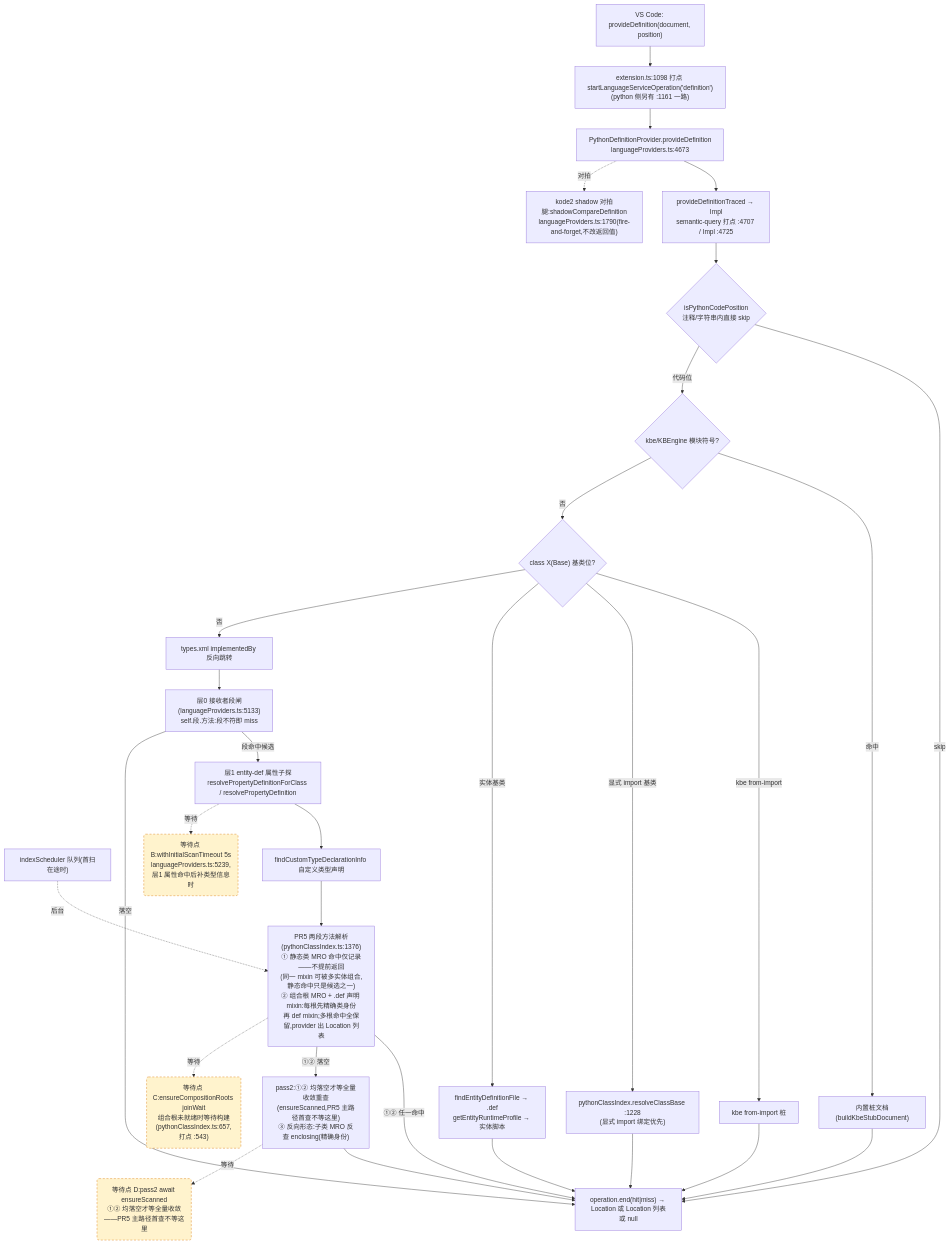
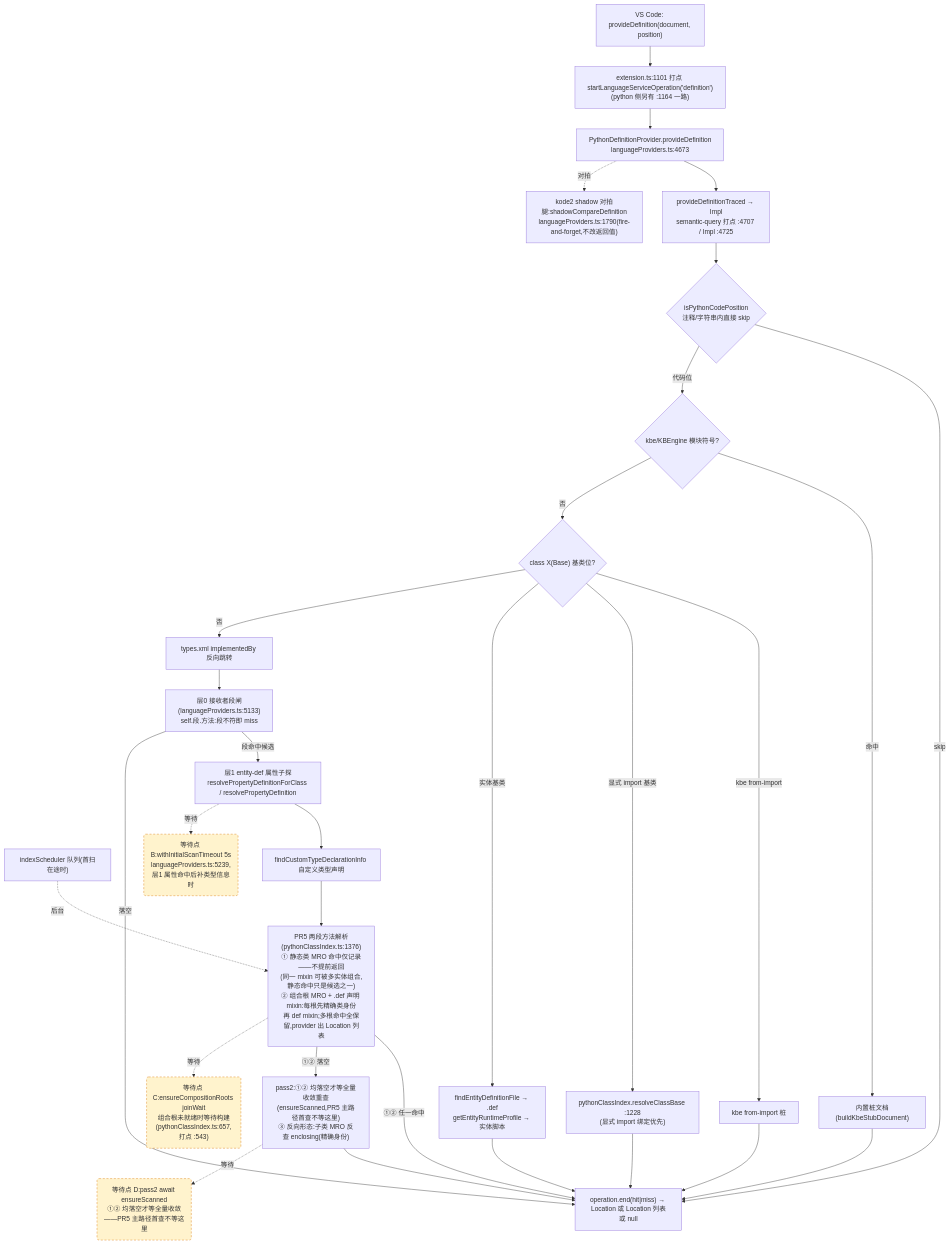
The second of 4 diagrams in docs/perf/2026-baseline.md (cuihairu/kode), drawn with Mermaid before and after one commit. The commit also changed other lines of this file and 22 other files, not shown here.

````diff
--- a/docs/perf/2026-baseline.md
+++ b/docs/perf/2026-baseline.md
@@ -130,51 +130,51 @@
 ```mermaid
 flowchart TD
   VC2["VS Code: provideDefinition(document, position)"]
-  M2["extension.ts:1098 打点 startLanguageServiceOperation('definition')<br/>(python 侧另有 :1161 一路)"]
+  M2["extension.ts:1101 打点 startLanguageServiceOperation('definition')<br/>(python 侧另有 :1164 一路)"]
   AD2["PythonDefinitionProvider.provideDefinition<br/>languageProviders.ts:4673"]
   TR["provideDefinitionTraced → Impl<br/>semantic-query 打点 :4707 / Impl :4725"]
   CTX{"isPythonCodePosition<br/>注释/字符串内直接 skip"}
   KBE{"kbe/KBEngine 模块符号?"}
   STUB["内置桩文档(buildKbeStubDocument)"]
   CB{"class X(Base) 基类位?"}
   CB1["kbe from-import 桩"]
   CB2["pythonClassIndex.resolveClassBase :1228<br/>(显式 import 绑定优先)"]
   CB3["findEntityDefinitionFile → .def<br/>getEntityRuntimeProfile → 实体脚本"]
   REV["types.xml implementedBy 反向跳转"]
   L0["层0 接收者段闸(languageProviders.ts:5133)<br/>self.段.方法:段不符即 miss"]
   L1["层1 entity-def 属性子探<br/>resolvePropertyDefinitionForClass / resolvePropertyDefinition"]
   SCAN["indexScheduler 队列(首扫在途时)"]
   TY["findCustomTypeDeclarationInfo 自定义类型声明"]
   MRO["PR5 两段方法解析(pythonClassIndex.ts:1376)<br/>① 静态类 MRO 命中仅记录——不提前返回<br/>(同一 mixin 可被多实体组合,静态命中只是候选之一)<br/>② 组合根 MRO + .def 声明 mixin:每根先精确类身份<br/>再 def mixin;多根命中全保留,provider 出 Location 列表"]
   PASS2["pass2:①② 均落空才等全量收敛重查<br/>(ensureScanned,PR5 主路径首查不等这里)<br/>③ 反向形态:子类 MRO 反查 enclosing(精确身份)"]
   SHD["kode2 shadow 对拍腿:shadowCompareDefinition<br/>languageProviders.ts:1790(fire-and-forget,不改返回值)"]
   END2["operation.end(hit|miss) → Location 或 Location 列表或 null"]
 
   VC2 --> M2 --> AD2 --> TR --> CTX
   CTX -- "skip" --> END2
   CTX -- "代码位" --> KBE
   KBE -- "命中" --> STUB --> END2
   KBE -- "否" --> CB
   CB -- "kbe from-import" --> CB1 --> END2
   CB -- "显式 import 基类" --> CB2 --> END2
   CB -- "实体基类" --> CB3 --> END2
   CB -- "否" --> REV --> L0
   L0 -- "段命中候选" --> L1
   L0 -- "落空" --> END2
   L1 --> TY
   TY --> MRO
   MRO -- "①② 任一命中" --> END2
   MRO -- "①② 落空" --> PASS2 --> END2
   AD2 -.->|对拍| SHD
 
   WAITB("等待点 B:withInitialScanTimeout 5s<br/>languageProviders.ts:5239,层1 属性命中后补类型信息时")
   WAITC("等待点 C:ensureCompositionRoots joinWait<br/>组合根未就绪时等待构建(pythonClassIndex.ts:657,打点 :543)")
   WAITD("等待点 D:pass2 await ensureScanned<br/>①② 均落空才等全量收敛——PR5 主路径首查不等这里")
   L1 -.->|等待| WAITB
   MRO -.->|等待| WAITC
   PASS2 -.->|等待| WAITD
   SCAN -.->|后台| MRO
 
   classDef waitPoint fill:#fff3cd,stroke:#d97706,stroke-dasharray:5 4;
   class WAITB,WAITC,WAITD waitPoint;
 ```
````
